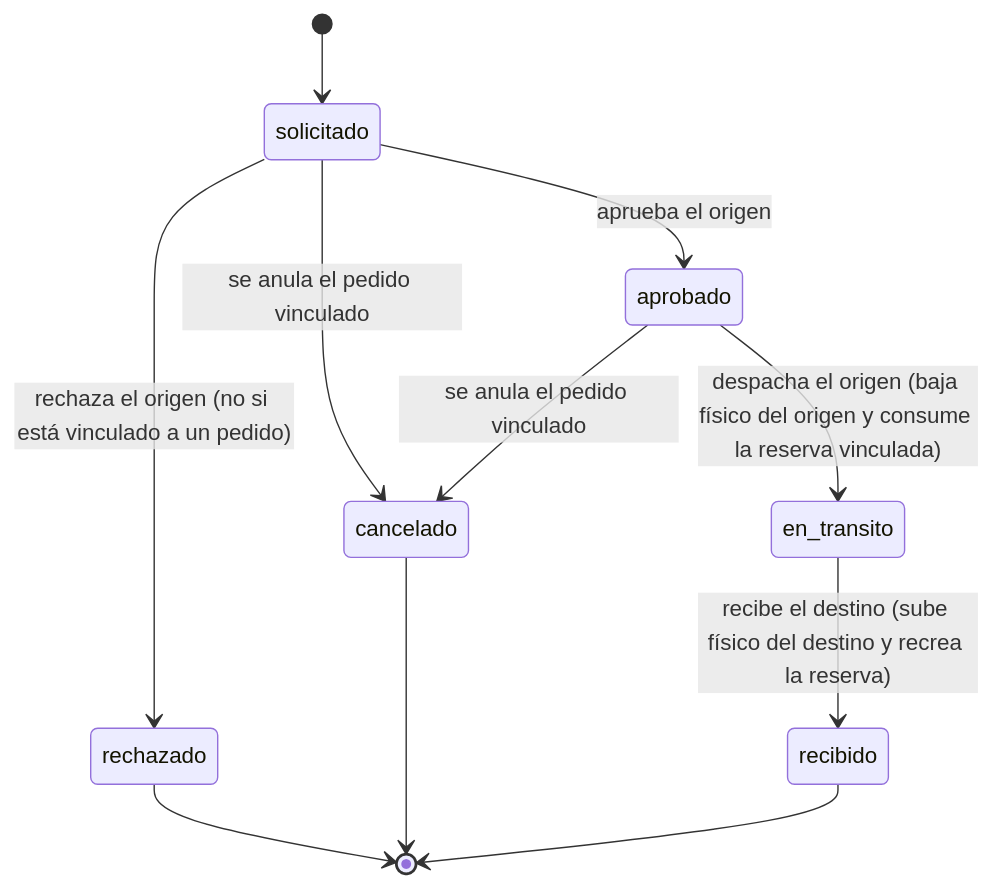
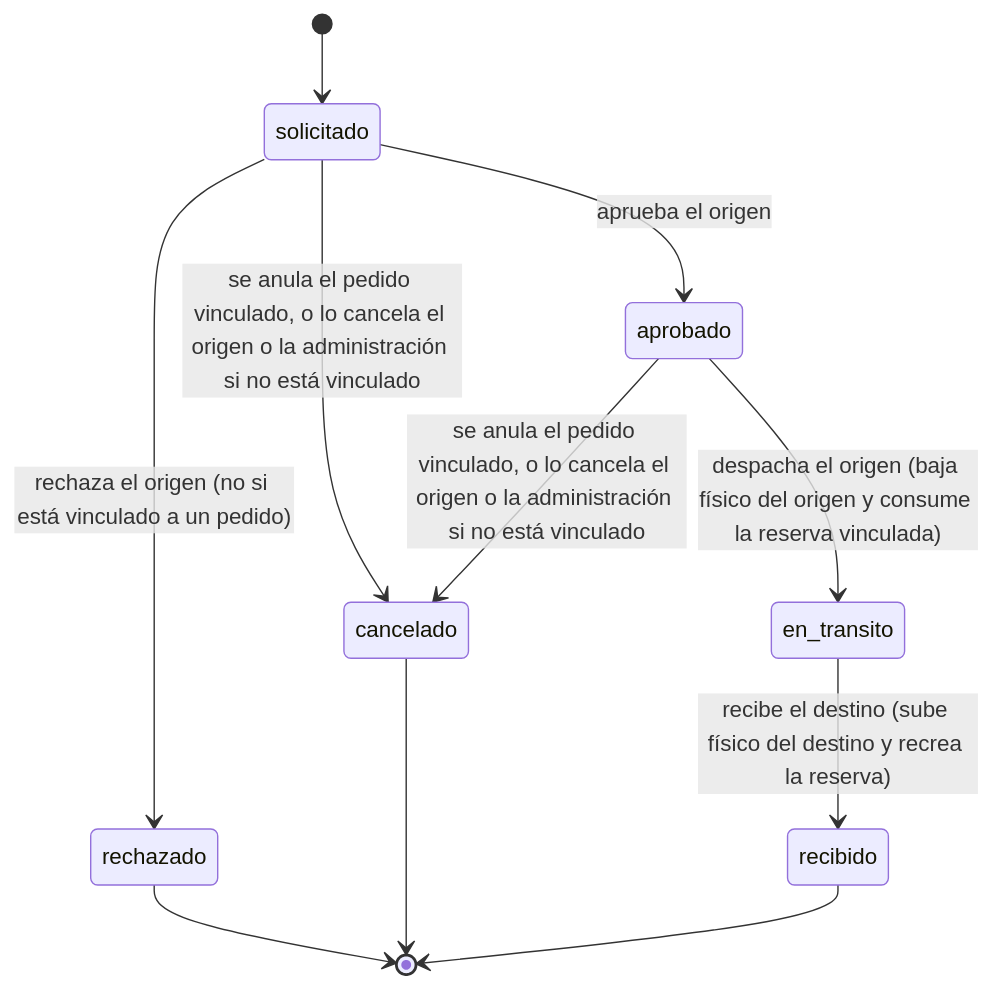
Before and after one commit to P35C4D0R4B1050/BabelHub: the second of 3 diagrams in docs/03-diseno-de-software/06-estados-y-concurrencia.md, drawn with Mermaid. The commit also changed other lines of this file and 4 other files, not shown here.

````diff
--- a/docs/03-diseno-de-software/06-estados-y-concurrencia.md
+++ b/docs/03-diseno-de-software/06-estados-y-concurrencia.md
@@ -25,13 +26,13 @@
 ```mermaid
 stateDiagram-v2
 [*] --> solicitado
 solicitado --> aprobado : aprueba el origen
 solicitado --> rechazado : rechaza el origen (no si está vinculado a un pedido)
-solicitado --> cancelado : se anula el pedido vinculado
-aprobado --> cancelado : se anula el pedido vinculado
+solicitado --> cancelado : se anula el pedido vinculado, o lo cancela el origen o la administración si no está vinculado
+aprobado --> cancelado : se anula el pedido vinculado, o lo cancela el origen o la administración si no está vinculado
 aprobado --> en_transito : despacha el origen (baja físico del origen y consume la reserva vinculada)
 en_transito --> recibido : recibe el destino (sube físico del destino y recrea la reserva)
 rechazado --> [*]
 cancelado --> [*]
 recibido --> [*]
 ```
````
